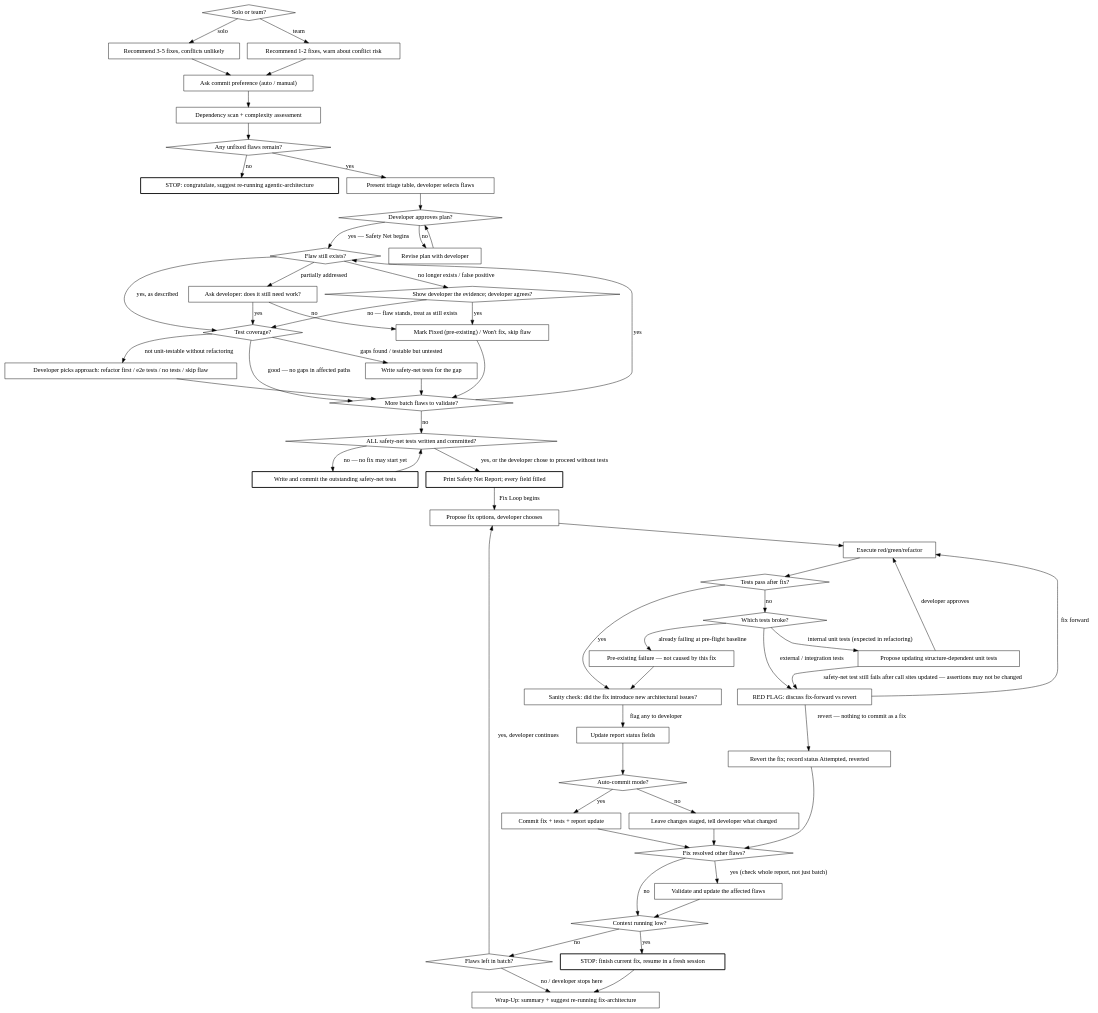
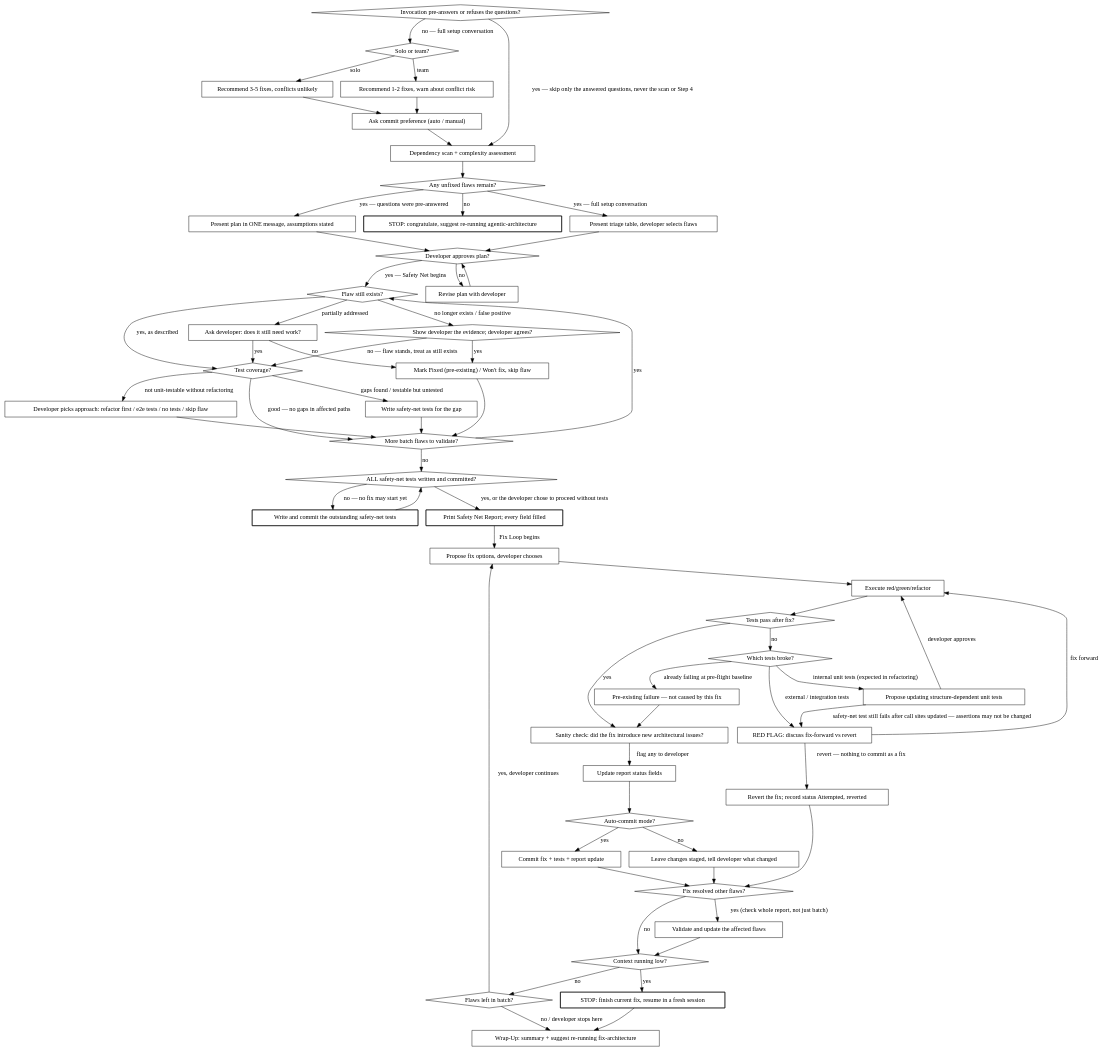
The second of 2 diagrams in plugins/paad/skills/fix-architecture/SKILL.md (Ovid/paad), drawn with Graphviz before and after one commit. The commit also changed other lines of this file and 1 other file, not shown here.

````diff
--- a/plugins/paad/skills/fix-architecture/SKILL.md
+++ b/plugins/paad/skills/fix-architecture/SKILL.md
@@ -65,5 +65,7 @@
 ```dot
 digraph fix_session {
+  "Invocation pre-answers or refuses the questions?" [shape=diamond];
+  "Present plan in ONE message, assumptions stated" [shape=box];
   "Solo or team?" [shape=diamond];
   "Any unfixed flaws remain?" [shape=diamond];
   "Developer approves plan?" [shape=diamond];
@@ -108,6 +110,8 @@
   "STOP: finish current fix, resume in a fresh session" [shape=box, style=bold];
   "Wrap-Up: summary + suggest re-running fix-architecture" [shape=box];
 
+  "Invocation pre-answers or refuses the questions?" -> "Solo or team?" [label="no — full setup conversation"];
+  "Invocation pre-answers or refuses the questions?" -> "Dependency scan + complexity assessment" [label="yes — skip only the answered questions, never the scan or Step 4"];
   "Solo or team?" -> "Recommend 3-5 fixes, conflicts unlikely" [label="solo"];
   "Solo or team?" -> "Recommend 1-2 fixes, warn about conflict risk" [label="team"];
   "Recommend 3-5 fixes, conflicts unlikely" -> "Ask commit preference (auto / manual)";
@@ -115,7 +119,9 @@
   "Ask commit preference (auto / manual)" -> "Dependency scan + complexity assessment";
   "Dependency scan + complexity assessment" -> "Any unfixed flaws remain?";
   "Any unfixed flaws remain?" -> "STOP: congratulate, suggest re-running agentic-architecture" [label="no"];
-  "Any unfixed flaws remain?" -> "Present triage table, developer selects flaws" [label="yes"];
+  "Any unfixed flaws remain?" -> "Present triage table, developer selects flaws" [label="yes — full setup conversation"];
+  "Any unfixed flaws remain?" -> "Present plan in ONE message, assumptions stated" [label="yes — questions were pre-answered"];
+  "Present plan in ONE message, assumptions stated" -> "Developer approves plan?";
   "Present triage table, developer selects flaws" -> "Developer approves plan?";
   "Developer approves plan?" -> "Revise plan with developer" [label="no"];
   "Revise plan with developer" -> "Developer approves plan?";
````
